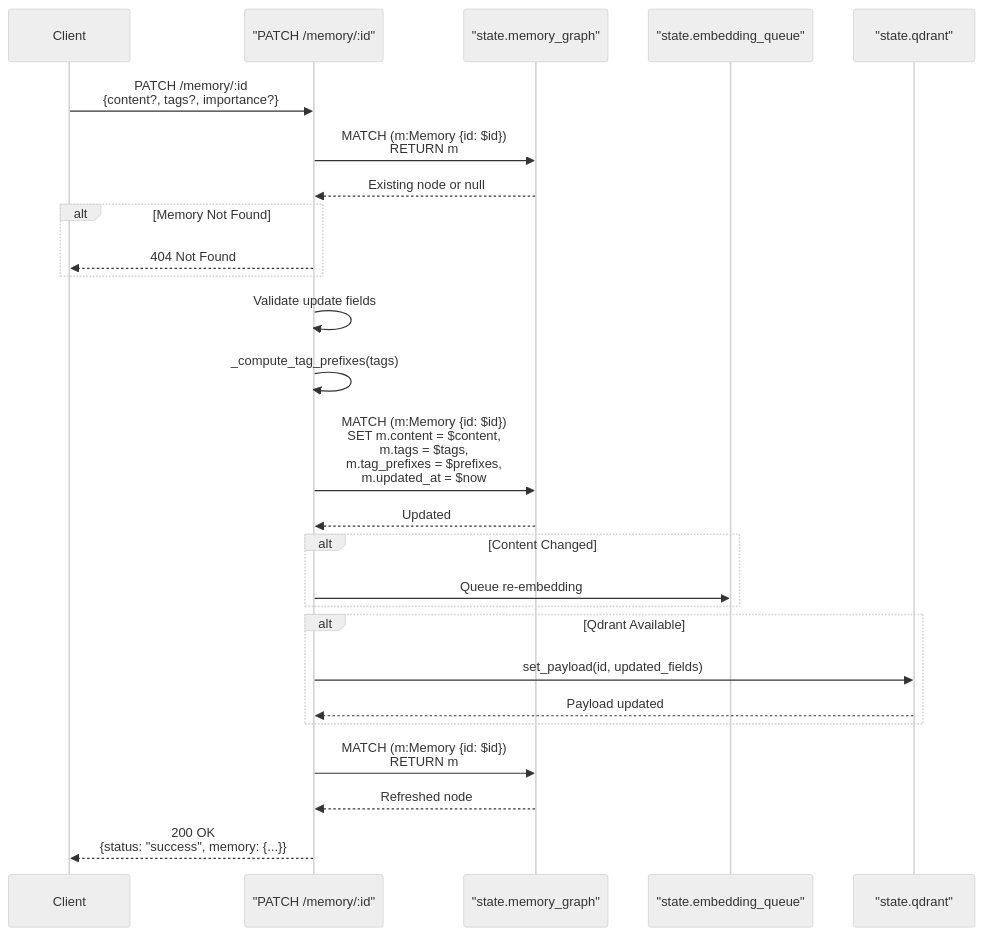
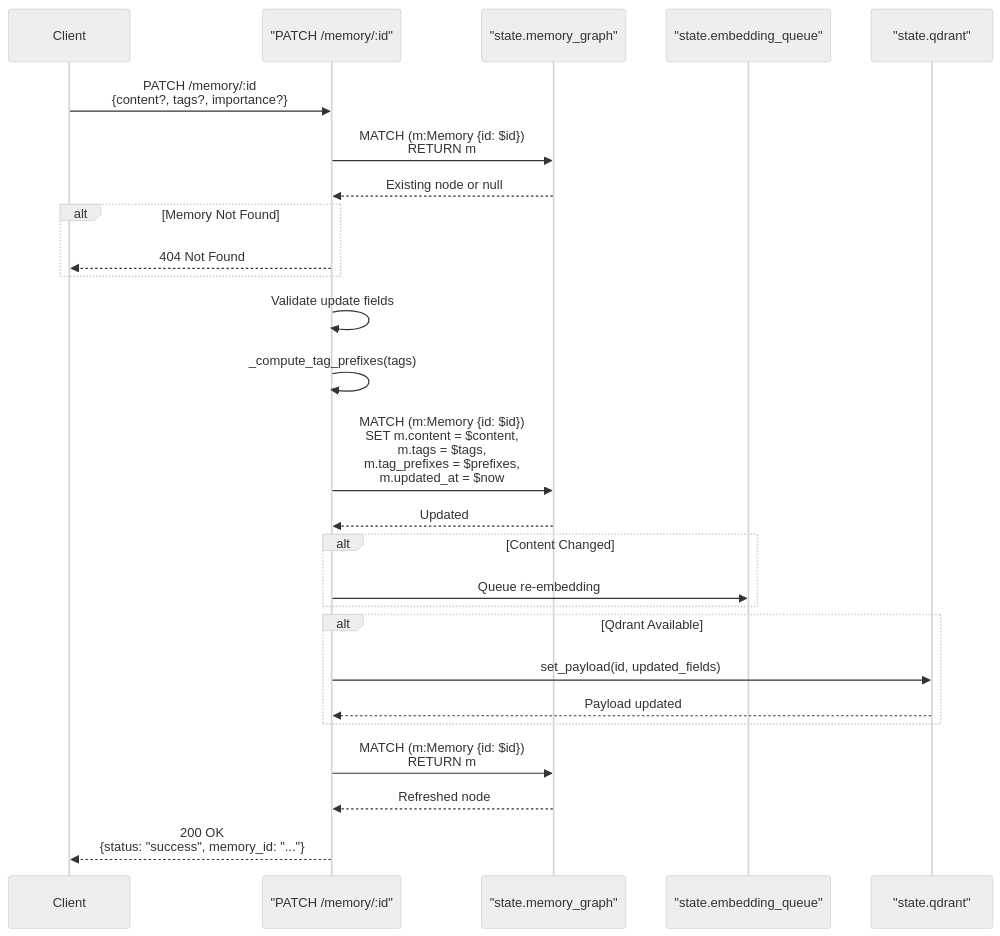
The third of 4 diagrams in src/content/docs/docs/reference/api/memory-operations.md (verygoodplugins/automem-website), drawn with Mermaid (neutral theme) before and after one commit. The commit also changed other lines of this file and 48 other files, not shown here.

````diff
--- a/src/content/docs/docs/reference/api/memory-operations.md
+++ b/src/content/docs/docs/reference/api/memory-operations.md
@@ -332,37 +334,37 @@
 ```mermaid
 sequenceDiagram
     participant Client
     participant PATCH_endpoint as "PATCH /memory/:id"
     participant Graph as "state.memory_graph"
     participant EmbedQ as "state.embedding_queue"
     participant Qdrant as "state.qdrant"
 
     Client->>PATCH_endpoint: PATCH /memory/:id<br/>{content?, tags?, importance?}
 
     PATCH_endpoint->>Graph: MATCH (m:Memory {id: $id})<br/>RETURN m
     Graph-->>PATCH_endpoint: Existing node or null
 
     alt Memory Not Found
         PATCH_endpoint-->>Client: 404 Not Found
     end
 
     PATCH_endpoint->>PATCH_endpoint: Validate update fields
     PATCH_endpoint->>PATCH_endpoint: _compute_tag_prefixes(tags)
 
     PATCH_endpoint->>Graph: MATCH (m:Memory {id: $id})<br/>SET m.content = $content,<br/>m.tags = $tags,<br/>m.tag_prefixes = $prefixes,<br/>m.updated_at = $now
     Graph-->>PATCH_endpoint: Updated
 
     alt Content Changed
         PATCH_endpoint->>EmbedQ: Queue re-embedding
     end
 
     alt Qdrant Available
         PATCH_endpoint->>Qdrant: set_payload(id, updated_fields)
         Qdrant-->>PATCH_endpoint: Payload updated
     end
 
     PATCH_endpoint->>Graph: MATCH (m:Memory {id: $id})<br/>RETURN m
     Graph-->>PATCH_endpoint: Refreshed node
 
-    PATCH_endpoint-->>Client: 200 OK<br/>{status: "success", memory: {...}}
+    PATCH_endpoint-->>Client: 200 OK<br/>{status: "success", memory_id: "..."}
 ```
````
